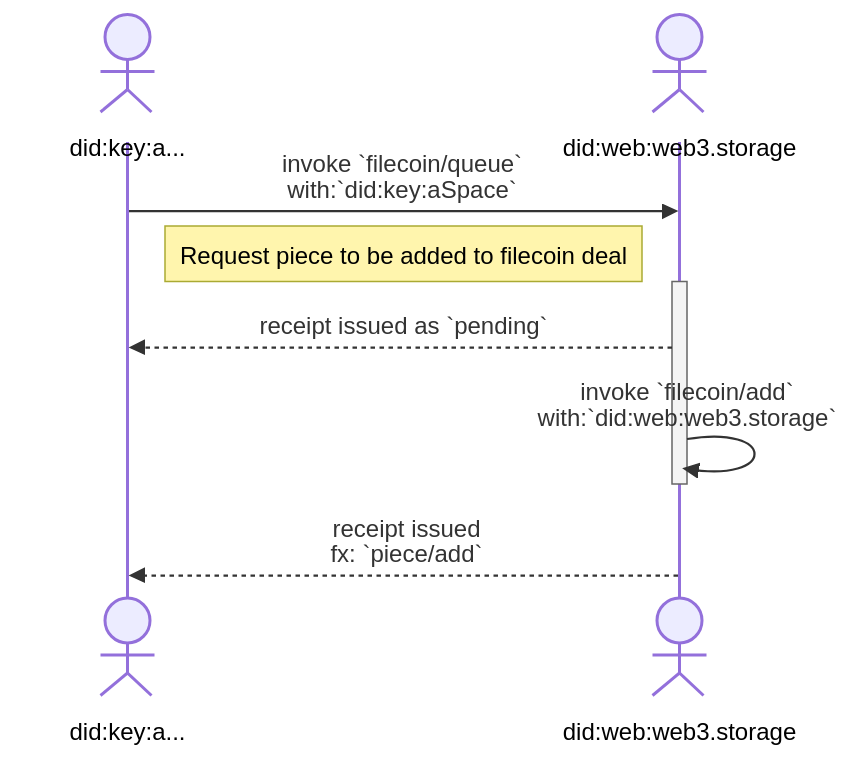
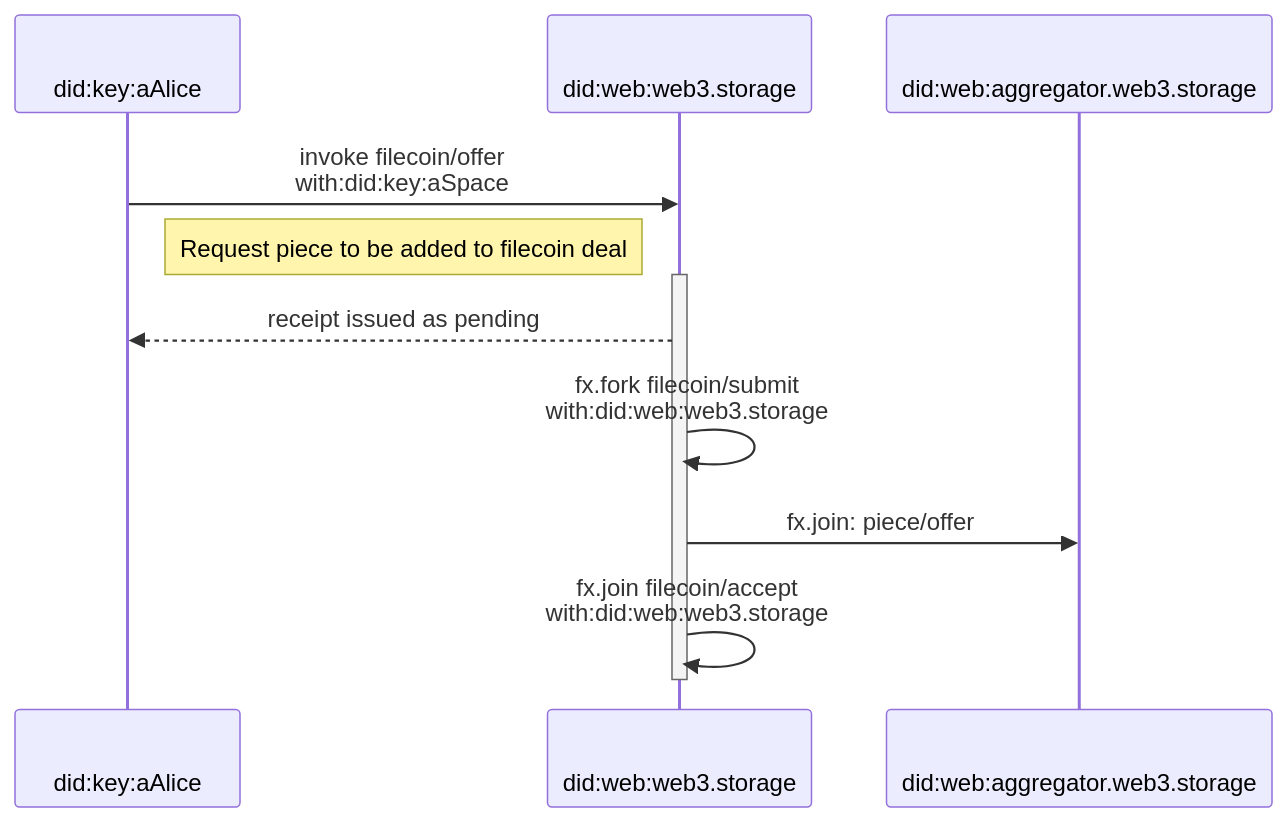
One commit to storacha/specs changed the first of 4 diagrams in w3-filecoin.md. Above: the diagram before and after it, drawn with Mermaid. The commit also changed other lines of this file, not shown here.

````diff
--- a/w3-filecoin.md
+++ b/w3-filecoin.md
@@ -111,13 +121,21 @@
 ```mermaid
 sequenceDiagram
-    actor Agent as <br/><br/>did:key:a...
-    actor Storefront as <br/><br/>did:web:web3.storage
+    participant Agent as <br/><br/>did:key:aAlice
+    participant Storefront as <br/><br/>did:web:web3.storage
+    participant Aggregator as <br/><br/>did:web:aggregator.web3.storage
 
-    Agent->>Storefront: invoke `filecoin/queue`<br>with:`did:key:aSpace`
+    Agent->>Storefront: invoke filecoin/offer<br/>with:did:key:aSpace
     Note left of Storefront: Request piece to be added to filecoin deal
+
+
     activate Storefront
-    Storefront-->>Agent: receipt issued as `pending`
-    Storefront->>Storefront: invoke `filecoin/add`<br>with:`did:web:web3.storage`
+    Storefront-->>Agent: receipt issued as pending
+    Storefront->>Storefront: fx.fork filecoin/submit<br/>with:did:web:web3.storage
+
+    Storefront->>Aggregator: fx.join: piece/offer
+
+    Storefront->>Storefront: fx.join filecoin/accept <br/>with:did:web:web3.storage
     deactivate Storefront
-    Storefront-->>Agent: receipt issued<br>fx: `piece/add`
+
+
 ```
````
